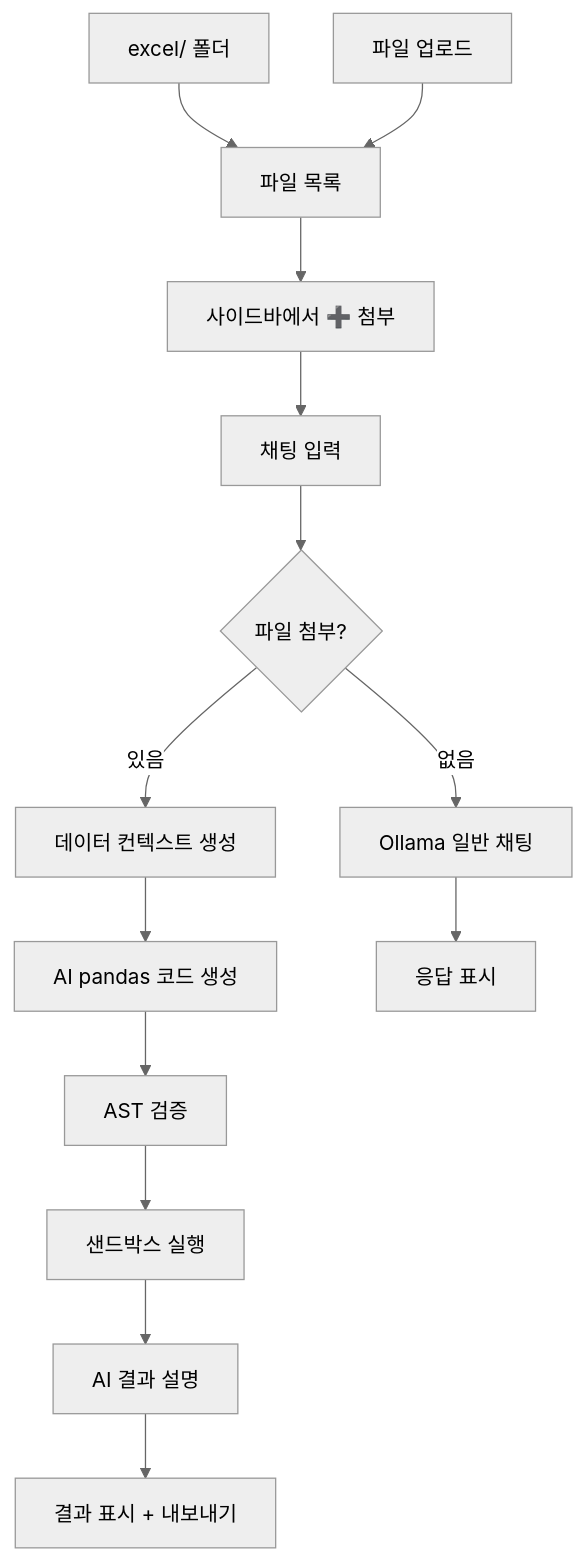
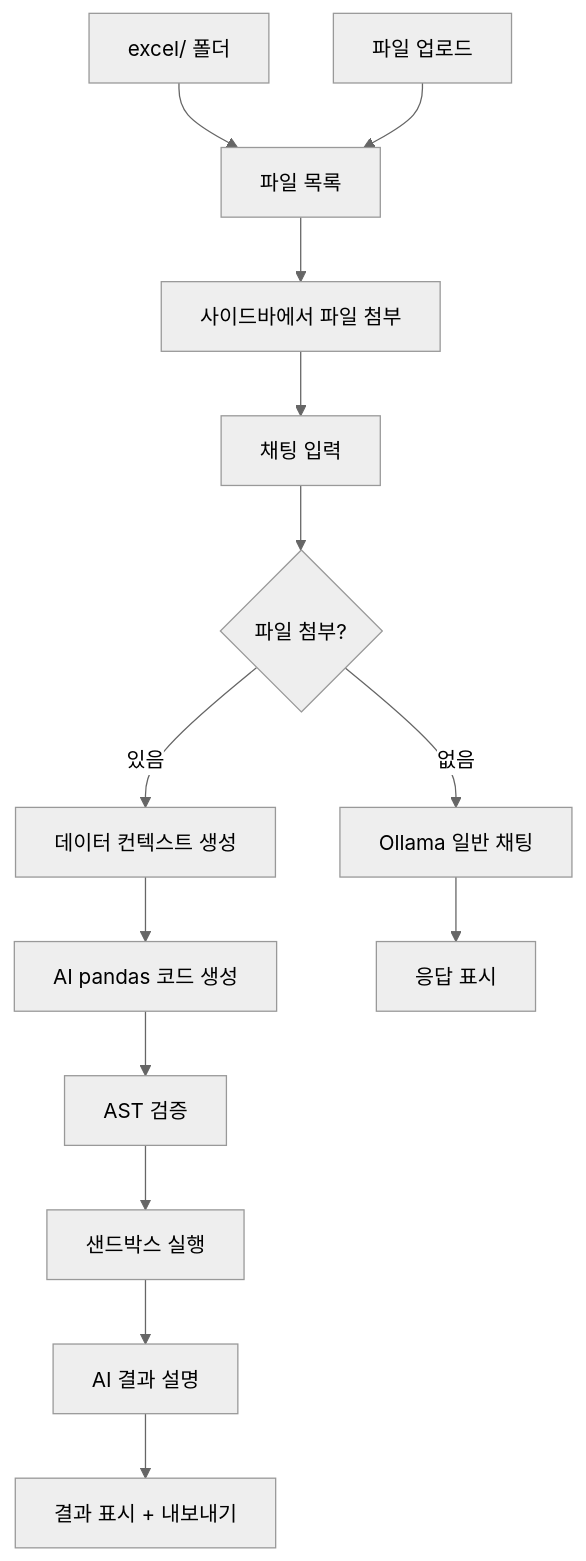
One commit to eunbijoel/SW_Tech changed the diagram in README.md. Above: the diagram before and after it, drawn with Mermaid (neutral theme). The commit also changed other lines of this file, not shown here.

````diff
--- a/README.md
+++ b/README.md
@@ -69,16 +71,16 @@
 ```mermaid
 flowchart TD
     A["excel/ 폴더"] --> B["파일 목록"]
     C["파일 업로드"] --> B
-    B --> D["사이드바에서 ➕ 첨부"]
+    B --> D["사이드바에서 파일 첨부"]
     D --> E["채팅 입력"]
     E --> F{"파일 첨부?"}
     F -->|없음| G["Ollama 일반 채팅"]
     F -->|있음| H["데이터 컨텍스트 생성"]
     H --> I["AI pandas 코드 생성"]
     I --> J["AST 검증"]
     J --> K["샌드박스 실행"]
     K --> L["AI 결과 설명"]
     L --> M["결과 표시 + 내보내기"]
     G --> N["응답 표시"]
 ```
````
